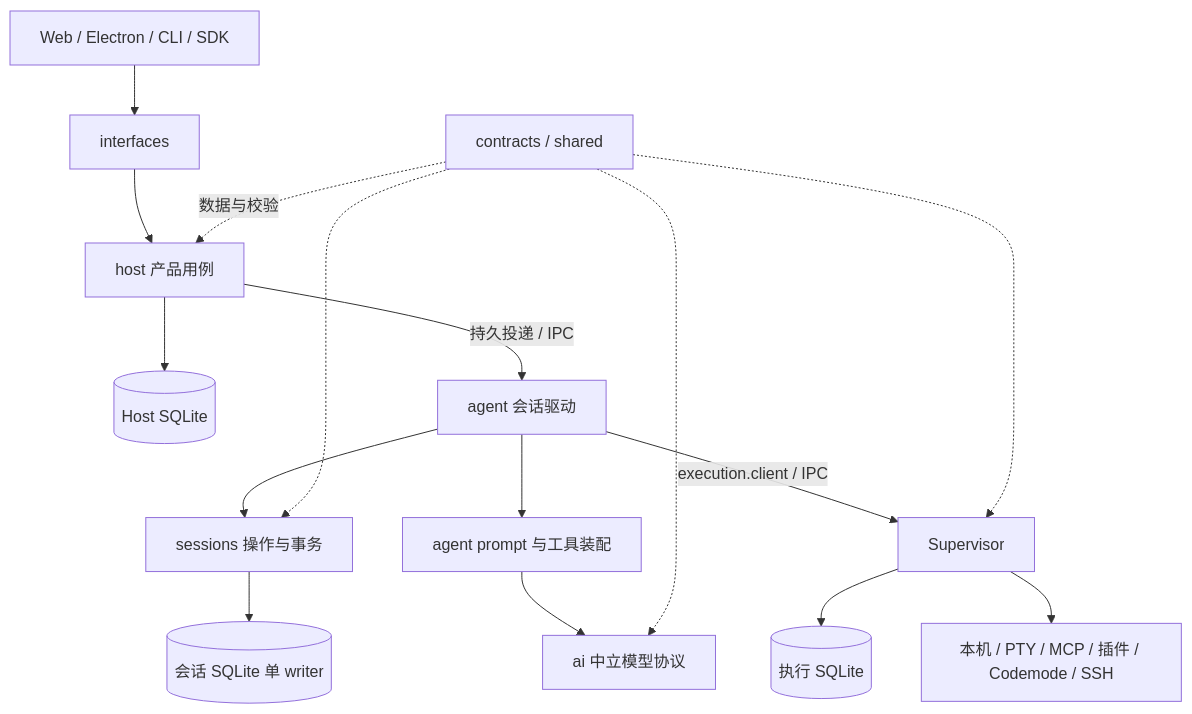
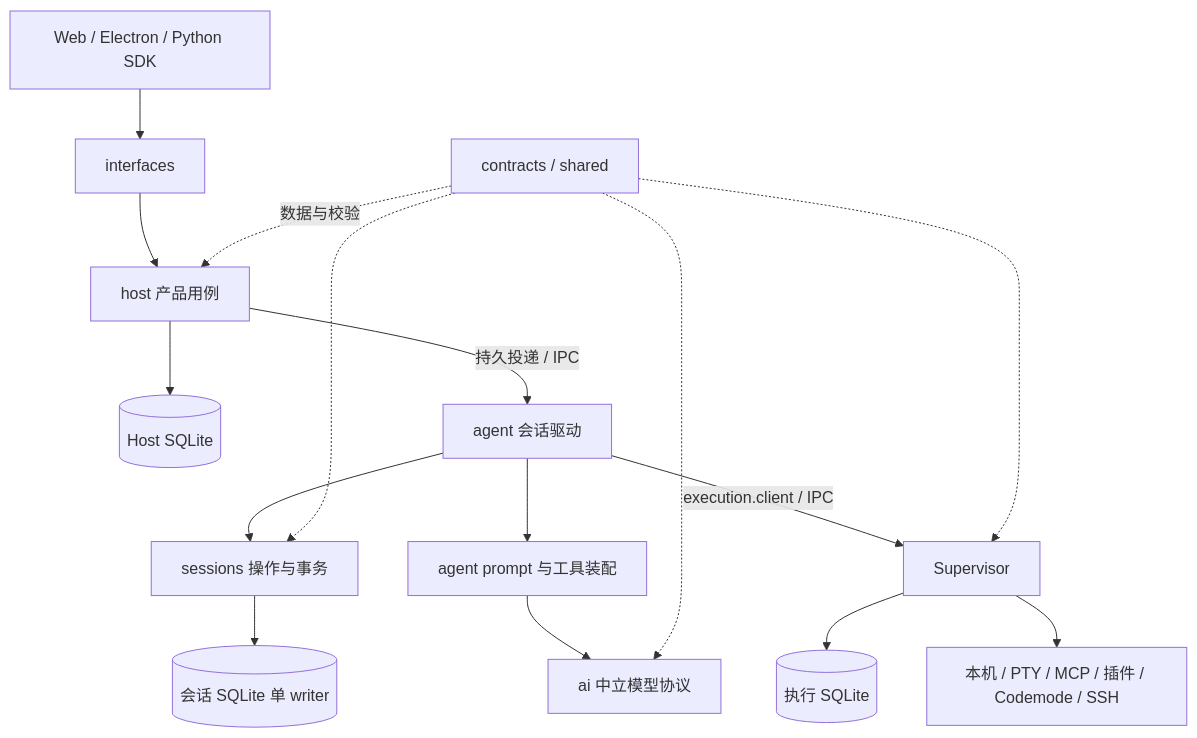
One commit to boomytc/AmazMe changed the diagram in backend/ARCHITECTURE.md. Above: the diagram before and after it, drawn with Mermaid. The commit also changed other lines of this file and 62 other files, not shown here.

````diff
--- a/backend/ARCHITECTURE.md
+++ b/backend/ARCHITECTURE.md
@@ -31,18 +31,18 @@
 ```mermaid
 flowchart TD
-    Clients[Web / Electron / CLI / SDK] --> Interfaces[interfaces]
+    Clients[Web / Electron / Python SDK] --> Interfaces[interfaces]
     Interfaces --> Host[host 产品用例]
     Host --> HostDB[(Host SQLite)]
     Host -->|持久投递 / IPC| Worker[agent 会话驱动]
     Worker --> Sessions[sessions 操作与事务]
     Sessions --> SessionDB[(会话 SQLite 单 writer)]
     Worker --> Product[agent prompt 与工具装配]
     Product --> AI[ai 中立模型协议]
     Worker -->|execution.client / IPC| Supervisor[Supervisor]
     Supervisor --> ExecutionDB[(执行 SQLite)]
     Supervisor --> Tools[本机 / PTY / MCP / 插件 / Codemode / SSH]
     Contracts[contracts / shared] -. 数据与校验 .-> Host
     Contracts -.-> Sessions
     Contracts -.-> AI
     Contracts -.-> Supervisor
 ```
````
